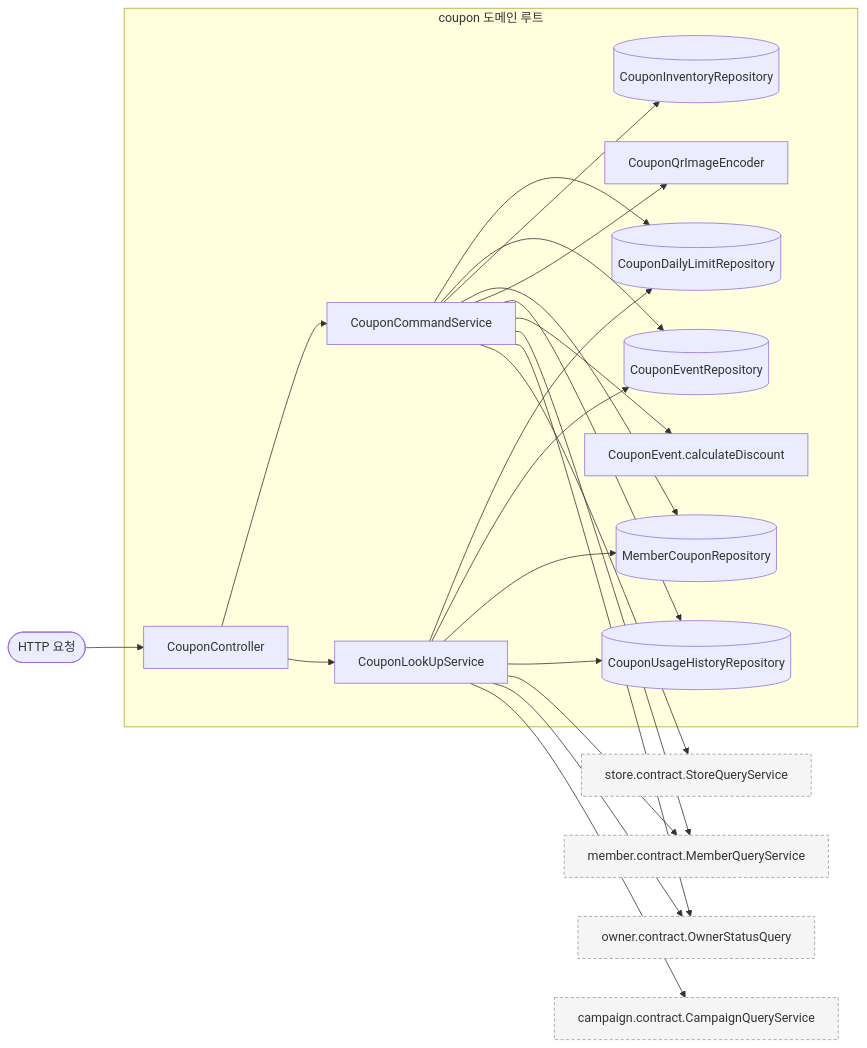
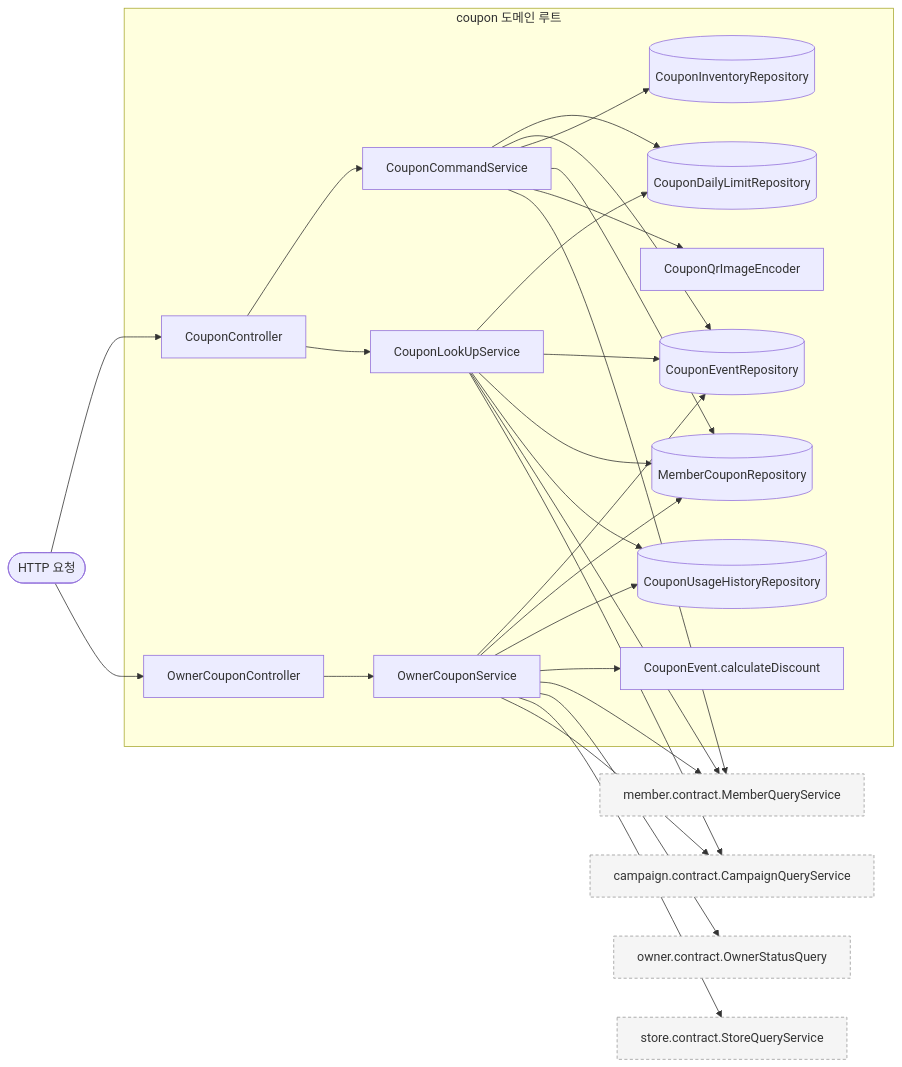
The first of 6 diagrams in docs/design/coupon/coupon_구조와_동작_설계.md (lunch-catch/lc-backend), drawn with Mermaid before and after one commit. The commit also changed other lines of this file and 14 other files, not shown here.

````diff
--- a/docs/design/coupon/coupon_구조와_동작_설계.md
+++ b/docs/design/coupon/coupon_구조와_동작_설계.md
@@ -160,27 +160,32 @@
 ```mermaid
 flowchart LR
     HTTP([HTTP 요청]) --> Controller[CouponController]
+    HTTP --> OwnerController[OwnerCouponController]
     subgraph Coupon["coupon 도메인 루트"]
         Controller --> Command[CouponCommandService]
         Controller --> Lookup[CouponLookUpService]
+        OwnerController --> Owner[OwnerCouponService]
         Command --> Daily[(CouponDailyLimitRepository)]
         Command --> Events[(CouponEventRepository)]
         Command --> Inventory[(CouponInventoryRepository)]
         Command --> Members[(MemberCouponRepository)]
         Command --> Image[CouponQrImageEncoder]
         Lookup --> Daily
         Lookup --> Events
         Lookup --> Members
         Lookup --> History[(CouponUsageHistoryRepository)]
-        Command --> History
-        Command --> Discount[CouponEvent.calculateDiscount]
+        Owner --> Events
+        Owner --> Members
+        Owner --> History
+        Owner --> Discount[CouponEvent.calculateDiscount]
     end
     Command --> MemberQuery["member.contract.MemberQueryService"]
     Lookup --> MemberQuery
-    Lookup --> OwnerQuery["owner.contract.OwnerStatusQuery"]
-    Command --> OwnerQuery
-    Command --> StoreQuery["store.contract.StoreQueryService"]
+    Owner --> MemberQuery
+    Owner --> OwnerQuery["owner.contract.OwnerStatusQuery"]
+    Owner --> StoreQuery["store.contract.StoreQueryService"]
     Lookup --> CampaignQuery["campaign.contract.CampaignQueryService"]
+    Owner --> CampaignQuery
     classDef outside fill:#f5f5f5,stroke:#999,stroke-dasharray:4 3
     class MemberQuery,OwnerQuery,CampaignQuery,StoreQuery outside
 ```
````
